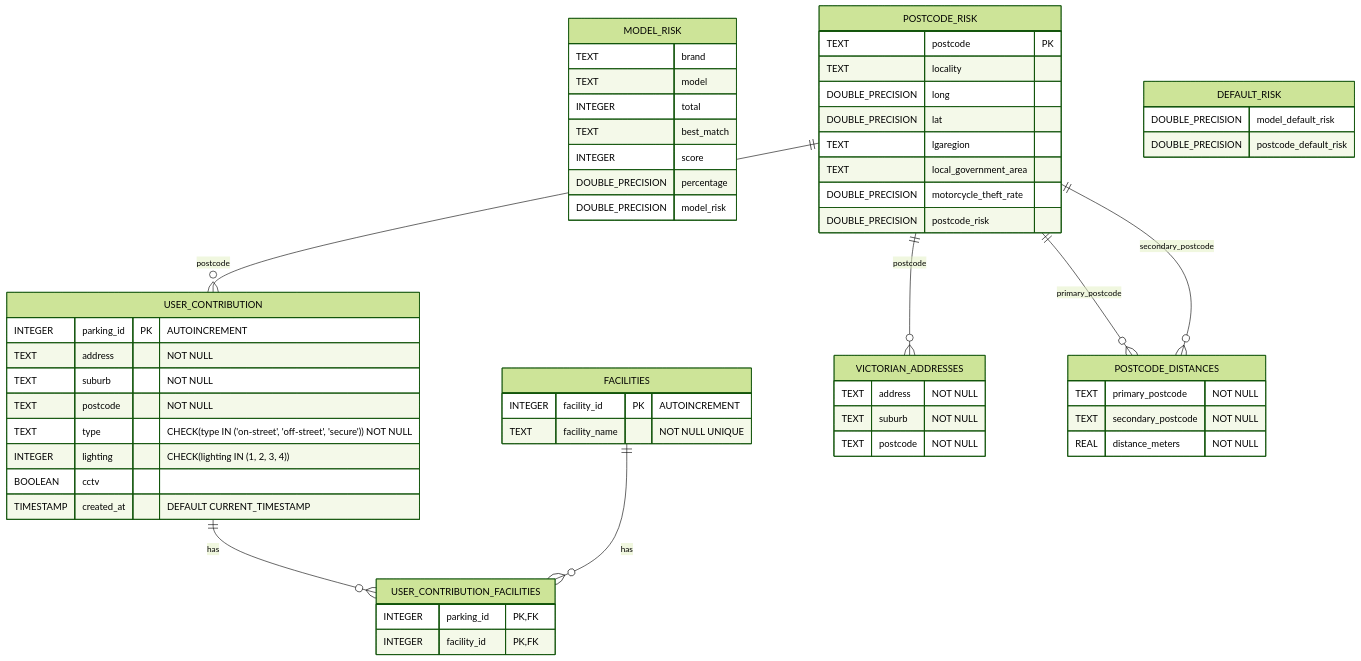
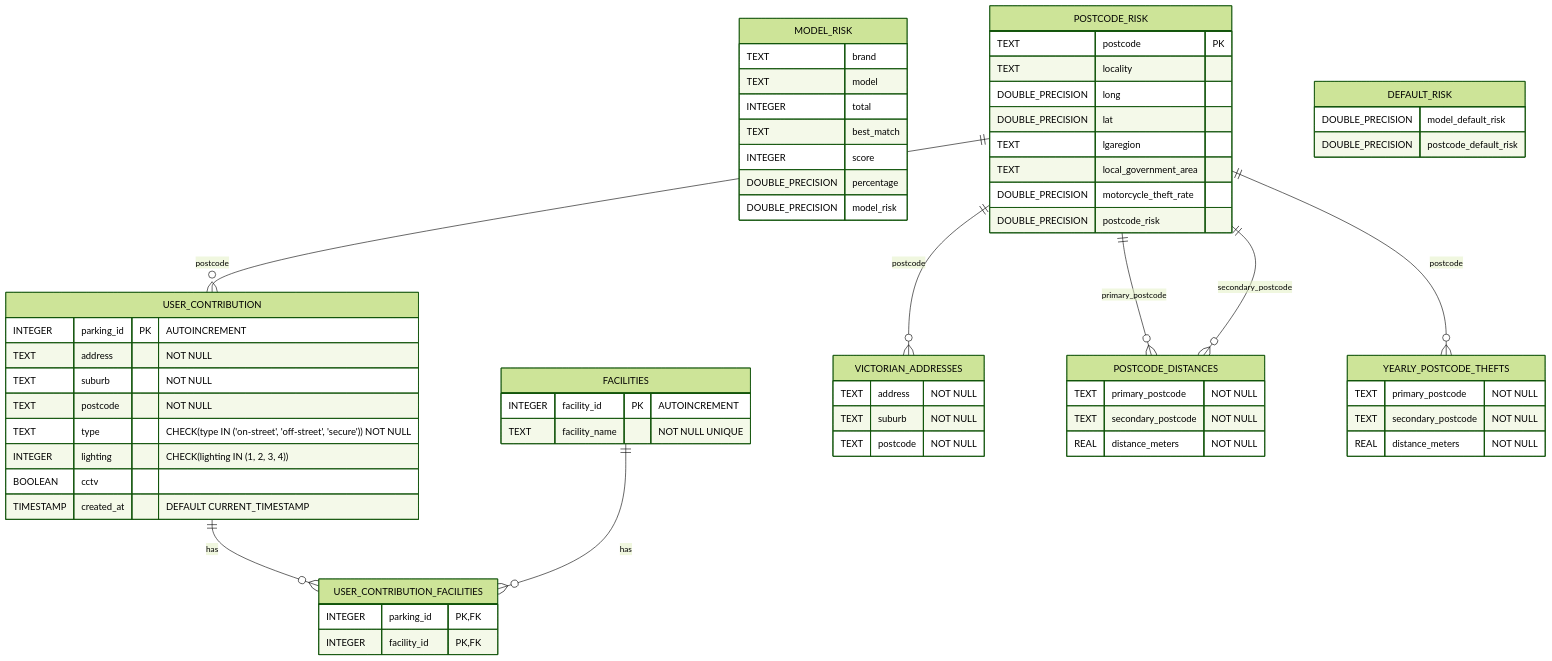
One commit to michaelmcallister/hotspot changed the diagram in docs/entity_relationship.md. Above: the diagram before and after it, drawn with Mermaid (forest theme).

Commit message:
Updated ER diagram to include new yearly crime data table.

````diff
--- a/docs/entity_relationship.md
+++ b/docs/entity_relationship.md
@@ -2,71 +2,78 @@
 ```mermaid
 erDiagram
   MODEL_RISK {
     TEXT brand
     TEXT model
     INTEGER total
     TEXT best_match
     INTEGER score
     DOUBLE_PRECISION percentage
     DOUBLE_PRECISION model_risk
   }
 
   POSTCODE_RISK {
     TEXT postcode PK
     TEXT locality
     DOUBLE_PRECISION long
     DOUBLE_PRECISION lat
     TEXT lgaregion
     TEXT local_government_area
     DOUBLE_PRECISION motorcycle_theft_rate
     DOUBLE_PRECISION postcode_risk
   }
 
   DEFAULT_RISK {
     DOUBLE_PRECISION model_default_risk
     DOUBLE_PRECISION postcode_default_risk
   }
 
   USER_CONTRIBUTION {
     INTEGER parking_id PK "AUTOINCREMENT"
     TEXT address "NOT NULL"
     TEXT suburb "NOT NULL"
     TEXT postcode "NOT NULL"
     TEXT type "CHECK(type IN ('on-street', 'off-street', 'secure')) NOT NULL"
     INTEGER lighting "CHECK(lighting IN (1, 2, 3, 4))"
     BOOLEAN cctv
     TIMESTAMP created_at "DEFAULT CURRENT_TIMESTAMP"
   }
 
   FACILITIES {
     INTEGER facility_id PK "AUTOINCREMENT"
     TEXT facility_name "NOT NULL UNIQUE"
   }
 
   USER_CONTRIBUTION_FACILITIES {
     INTEGER parking_id PK, FK
     INTEGER facility_id PK, FK
   }
 
   VICTORIAN_ADDRESSES {
     TEXT address "NOT NULL"
     TEXT suburb "NOT NULL"
     TEXT postcode "NOT NULL"
   }
 
   POSTCODE_DISTANCES {
     TEXT primary_postcode "NOT NULL"
     TEXT secondary_postcode "NOT NULL"
     REAL distance_meters "NOT NULL"
   }
 
+YEARLY_POSTCODE_THEFTS {
+    TEXT primary_postcode "NOT NULL"
+    TEXT secondary_postcode "NOT NULL"
+    REAL distance_meters "NOT NULL"
+  }
+
   %% Relationships
   USER_CONTRIBUTION ||--o{ USER_CONTRIBUTION_FACILITIES : "has"
   FACILITIES ||--o{ USER_CONTRIBUTION_FACILITIES : "has"
 
   %% Foreign key relationships through postcode matching
   POSTCODE_RISK ||--o{ USER_CONTRIBUTION : "postcode"
   POSTCODE_RISK ||--o{ VICTORIAN_ADDRESSES : "postcode"
+  POSTCODE_RISK ||--o{ YEARLY_POSTCODE_THEFTS : "postcode"
   POSTCODE_RISK ||--o{ POSTCODE_DISTANCES : "primary_postcode"
   POSTCODE_RISK ||--o{ POSTCODE_DISTANCES : "secondary_postcode"
 ```
````
